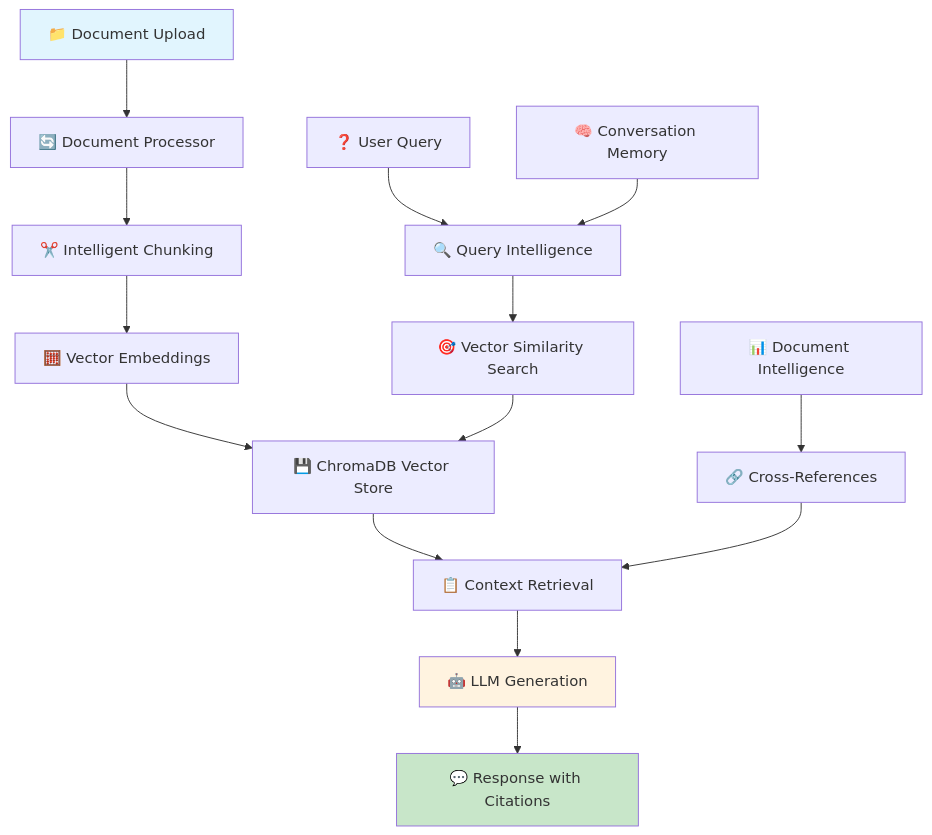
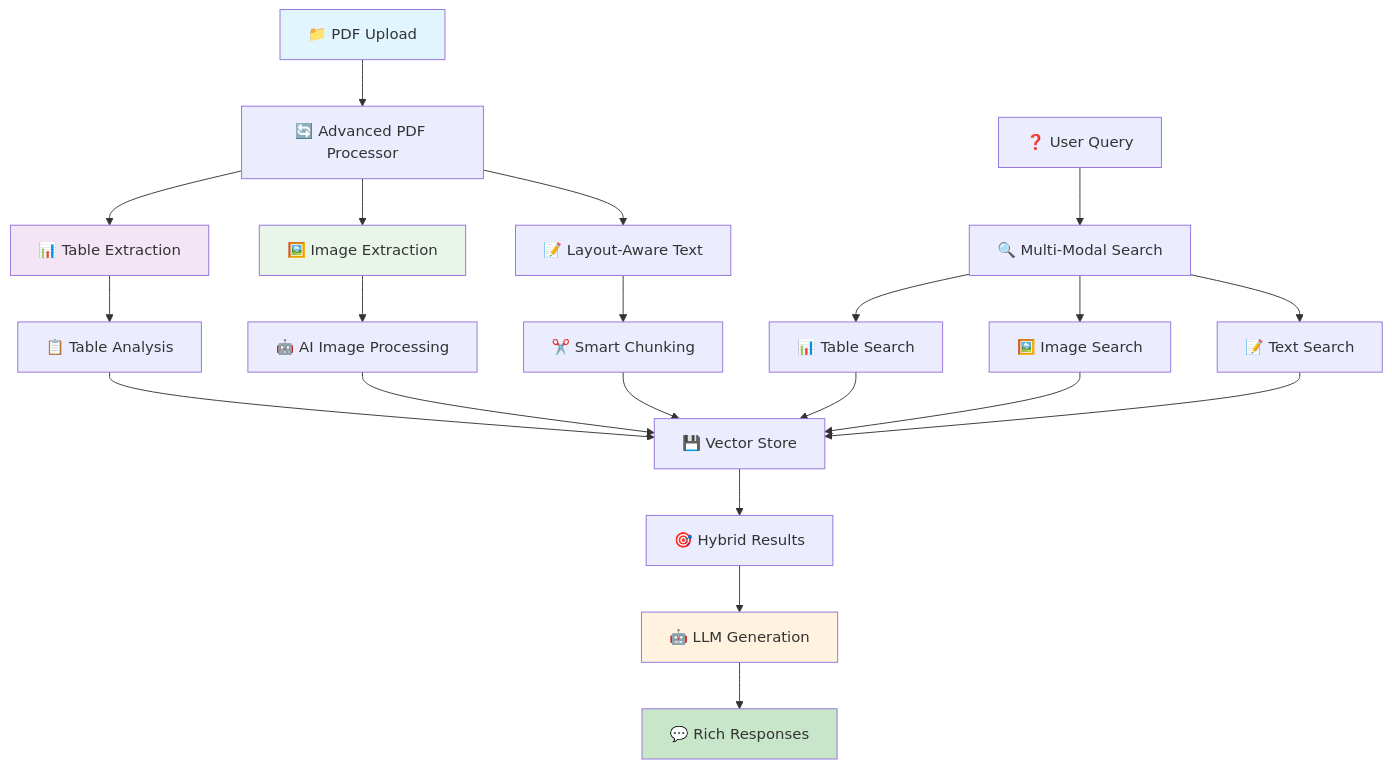
One commit to fenilsonani/rag-document-qa changed the diagram in README.md. Above: the diagram before and after it, drawn with Mermaid. The commit also changed other lines of this file and 22 other files, not shown here.

````diff
--- a/README.md
+++ b/README.md
@@ -25,22 +25,33 @@
 ```mermaid
 graph TB
-    A[📁 Document Upload] --> B[🔄 Document Processor]
-    B --> C[✂️ Intelligent Chunking]
-    C --> D[🧮 Vector Embeddings]
-    D --> E[💾 ChromaDB Vector Store]
+    A[📁 PDF Upload] --> B[🔄 Advanced PDF Processor]
+    B --> C[📊 Table Extraction]
+    B --> D[🖼️ Image Extraction]
+    B --> E[📝 Layout-Aware Text]
     
-    F[❓ User Query] --> G[🔍 Query Intelligence]
-    G --> H[🎯 Vector Similarity Search]
-    H --> E
-    E --> I[📋 Context Retrieval]
-    I --> J[🤖 LLM Generation]
-    J --> K[💬 Response with Citations]
+    C --> F[📋 Table Analysis]
+    D --> G[🤖 AI Image Processing]
+    E --> H[✂️ Smart Chunking]
     
-    L[🧠 Conversation Memory] --> G
-    M[📊 Document Intelligence] --> N[🔗 Cross-References]
+    F --> I[💾 Vector Store]
+    G --> I
+    H --> I
+    
+    J[❓ User Query] --> K[🔍 Multi-Modal Search]
+    K --> L[📊 Table Search]
+    K --> M[🖼️ Image Search]
+    K --> N[📝 Text Search]
+    
+    L --> I
+    M --> I
     N --> I
+    I --> O[🎯 Hybrid Results]
+    O --> P[🤖 LLM Generation]
+    P --> Q[💬 Rich Responses]
     
     style A fill:#e1f5fe
-    style K fill:#c8e6c9
-    style J fill:#fff3e0
+    style Q fill:#c8e6c9
+    style P fill:#fff3e0
+    style C fill:#f3e5f5
+    style D fill:#e8f5e8
 ```
````
